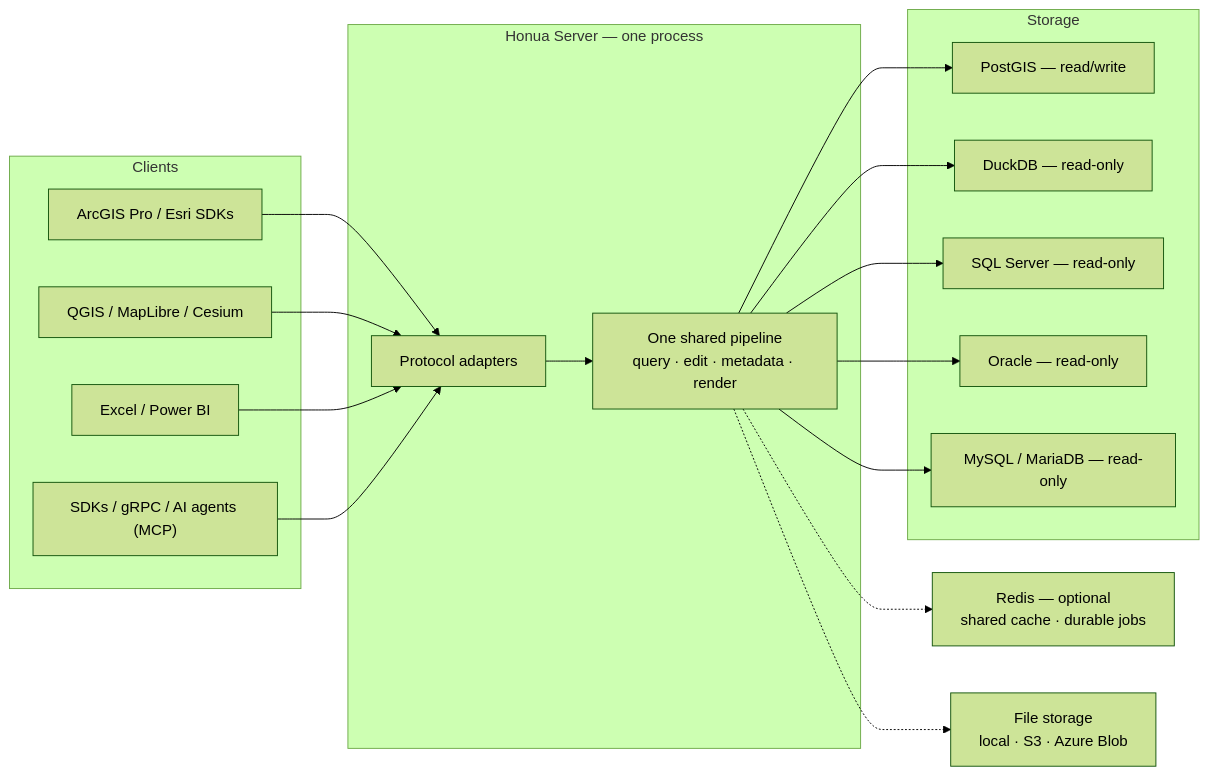
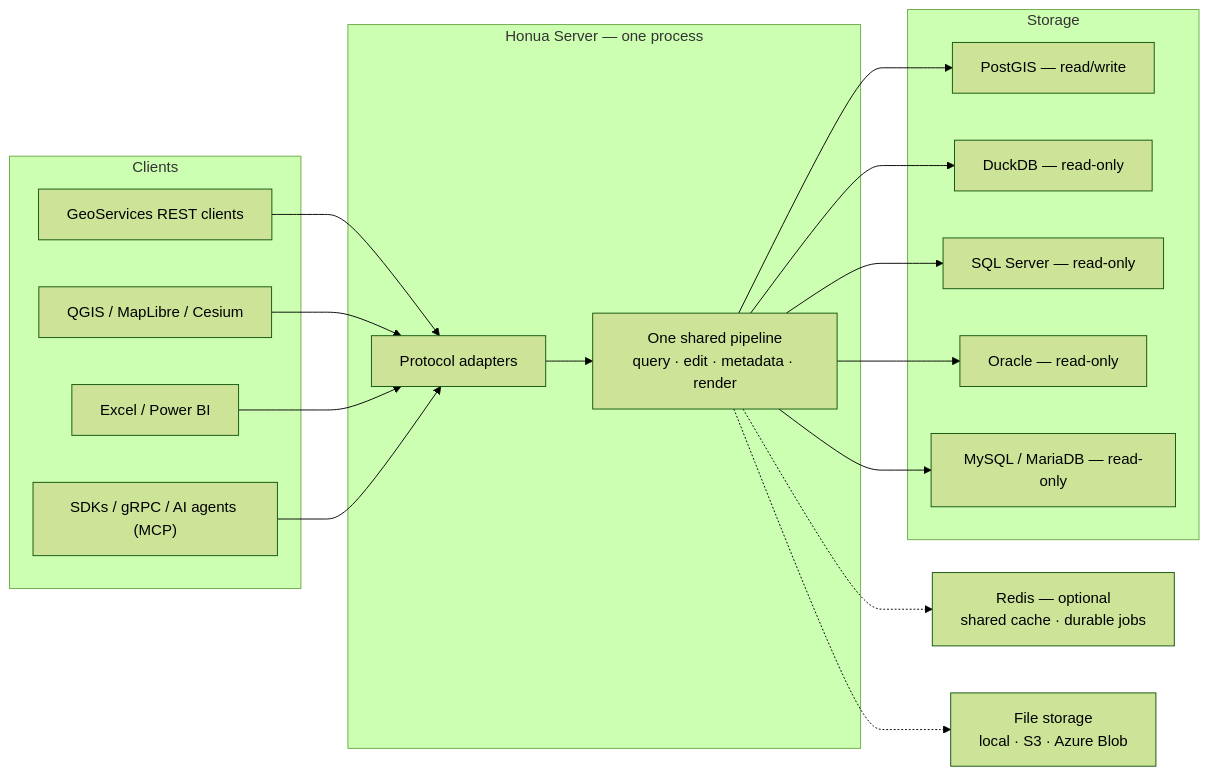
The diagram in docs/concepts/architecture.md (honua-io/honua-server), drawn with Mermaid (forest theme) before and after one commit. The commit also changed other lines of this file and 189 other files, not shown here.

````diff
--- a/docs/concepts/architecture.md
+++ b/docs/concepts/architecture.md
@@ -25,40 +25,40 @@
 ```mermaid
 flowchart LR
   subgraph clients["Clients"]
-    esri["ArcGIS Pro / Esri SDKs"]
+    geoservices["GeoServices REST clients"]
     ogc["QGIS / MapLibre / Cesium"]
     bi["Excel / Power BI"]
     sdk["SDKs / gRPC / AI agents (MCP)"]
   end
 
   subgraph server["Honua Server — one process"]
     adapters["Protocol adapters"]
     pipeline["One shared pipeline<br/>query · edit · metadata · render"]
     adapters --> pipeline
   end
 
   subgraph storage["Storage"]
     postgis["PostGIS — read/write"]
     duckdb["DuckDB — read-only"]
     mssql["SQL Server — read-only"]
     oracle["Oracle — read-only"]
     mysql["MySQL / MariaDB — read-only"]
   end
 
   redis["Redis — optional<br/>shared cache · durable jobs"]
   files["File storage<br/>local · S3 · Azure Blob"]
 
-  esri --> adapters
+  geoservices --> adapters
   ogc --> adapters
   bi --> adapters
   sdk --> adapters
 
   pipeline --> postgis
   pipeline --> duckdb
   pipeline --> mssql
   pipeline --> oracle
   pipeline --> mysql
 
   pipeline -.-> redis
   pipeline -.-> files
 ```
````
